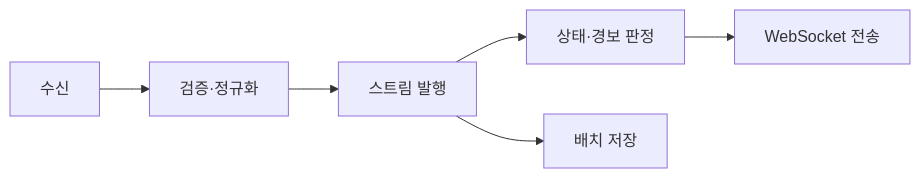
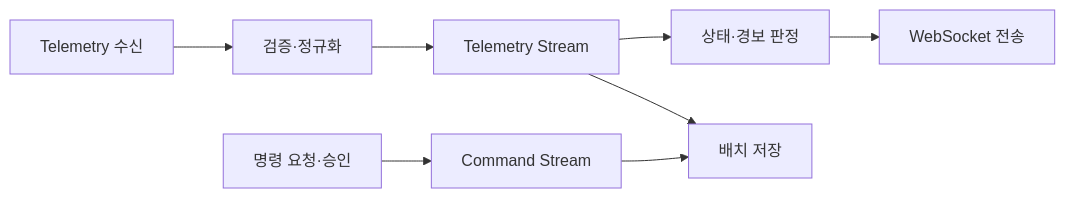
Before and after one commit to croppedeyebrow/Military_Project-AeroOps: the diagram in docs/planning/02_백엔드_아키텍처.md, drawn with Mermaid. The commit also changed other lines of this file and 135 other files, not shown here.

First line of the commit message:
feat: Command/Telemetry 채널 분리 반영, 1~3단계 보정, 4단계(2D 실시간 관제·재동기화) 구현

````diff
--- a/docs/planning/02_백엔드_아키텍처.md
+++ b/docs/planning/02_백엔드_아키텍처.md
@@ -19,8 +23,10 @@
 ```mermaid
 flowchart LR
-    RX["수신"] --> VALID["검증·정규화"]
-    VALID --> STREAM["스트림 발행"]
-    STREAM --> RULE["상태·경보 판정"]
-    STREAM --> SAVE["배치 저장"]
+    RX["Telemetry 수신"] --> VALID["검증·정규화"]
+    VALID --> TSTREAM["Telemetry Stream"]
+    CMD["명령 요청·승인"] --> CSTREAM["Command Stream"]
+    TSTREAM --> RULE["상태·경보 판정"]
+    TSTREAM --> SAVE["배치 저장"]
+    CSTREAM --> SAVE
     RULE --> PUSH["WebSocket 전송"]
 ```
````
